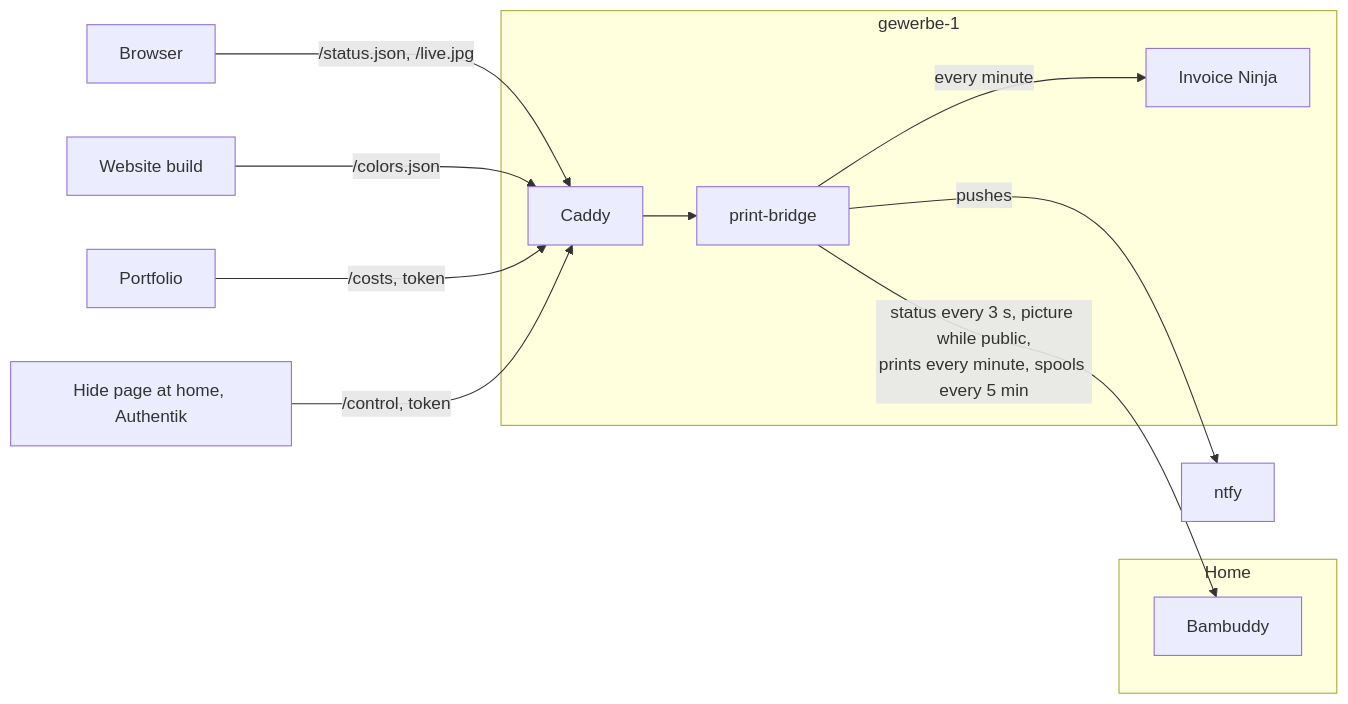
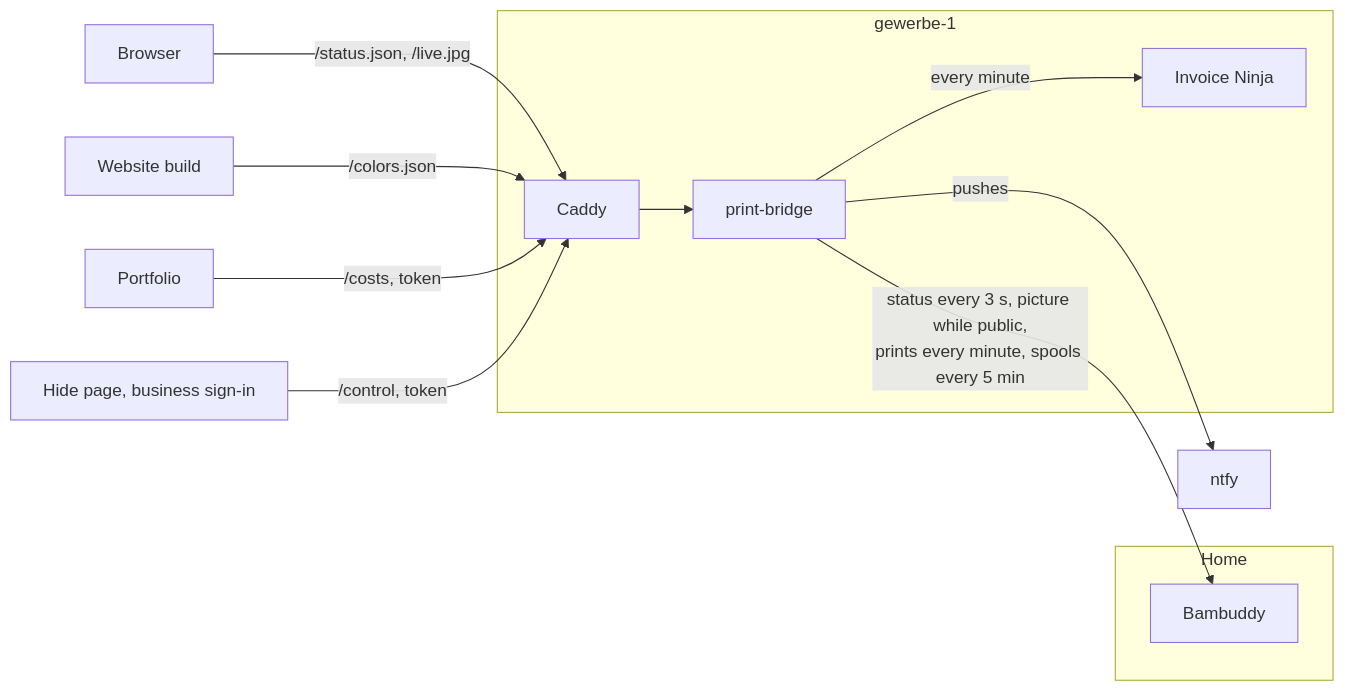
Before and after one commit to 3D-Bruckner/print-bridge: the diagram in README.md, drawn with Mermaid. The commit also changed other lines of this file and 1 other file, not shown here.

First line of the commit message:
PRINT-BRIDGE #13: The hide page is on gewerbe-1, behind the business sign-in (#14)

````diff
--- a/README.md
+++ b/README.md
@@ -5,19 +5,19 @@
 ```mermaid
 flowchart LR
   subgraph home["Home"]
     B["Bambuddy"]
   end
   subgraph gewerbe["gewerbe-1"]
     PB["print-bridge"]
     IN["Invoice Ninja"]
     C["Caddy"]
   end
   PB -->|"status every 3 s, picture while public,<br/>prints every minute, spools every 5 min"| B
   PB -->|"every minute"| IN
   PB -->|"pushes"| N["ntfy"]
   V["Browser"] -->|"/status.json, /live.jpg"| C
   W["Website build"] -->|"/colors.json"| C
   P["Portfolio"] -->|"/costs, token"| C
-  H["Hide page at home, Authentik"] -->|"/control, token"| C
+  H["Hide page, business sign-in"] -->|"/control, token"| C
   C --> PB
 ```
````
